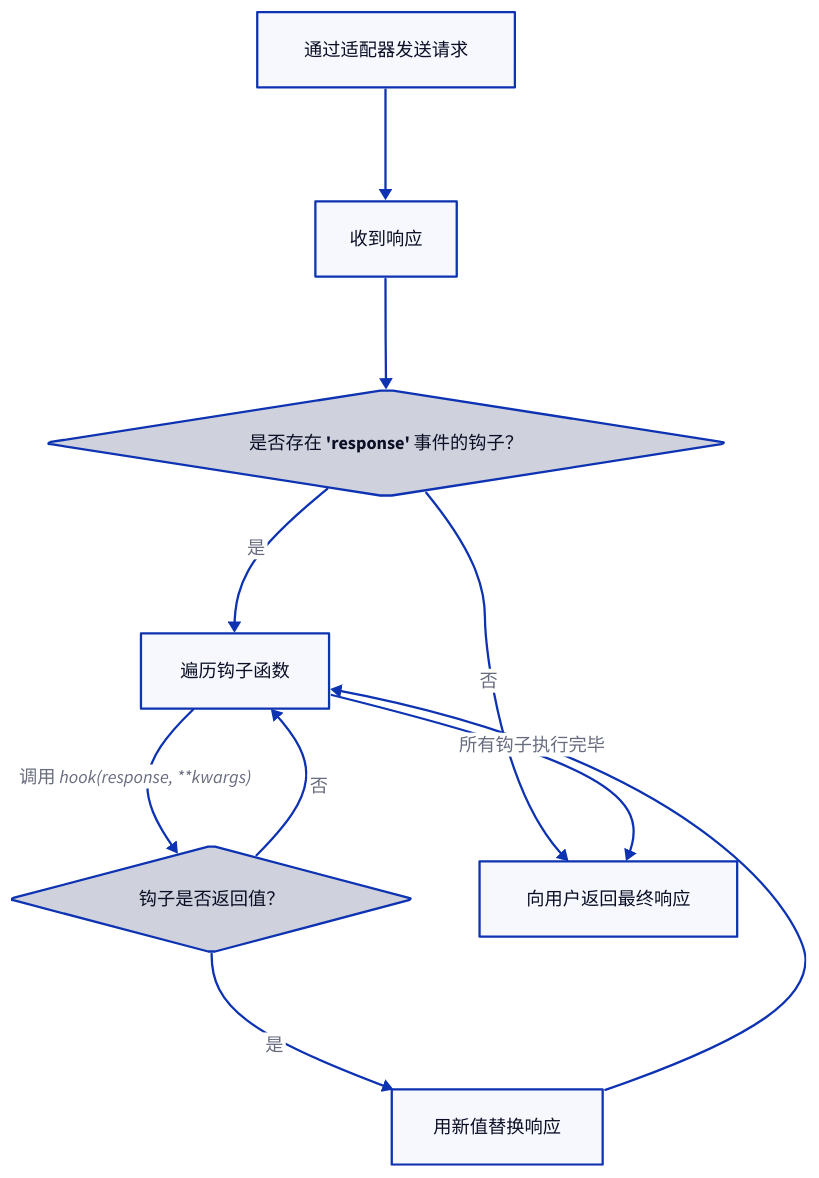
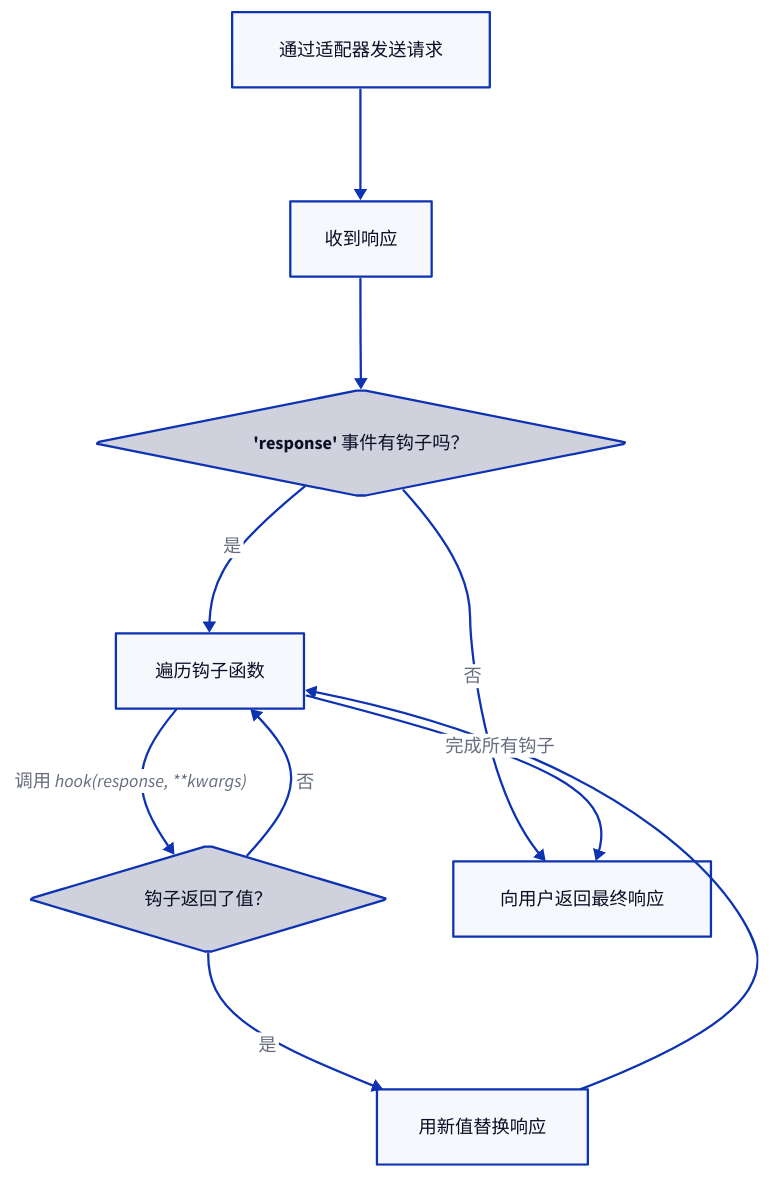
Before and after one commit to lban2049/requests: the second of 2 diagrams in .aigne/doc-smith/docs/advanced-usage-adapters-and-hooks.zh.md, drawn with D2. The commit also changed other lines of this file and 31 other files, not shown here.

````diff
--- a/.aigne/doc-smith/docs/advanced-usage-adapters-and-hooks.zh.md
+++ b/.aigne/doc-smith/docs/advanced-usage-adapters-and-hooks.zh.md
@@ -165,27 +165,27 @@
 ```d2
 direction: down
 
 A: "通过适配器发送请求"
 B: "收到响应"
-C: "是否存在 'response' 事件的钩子？" {
+C: "'response' 事件有钩子吗？" {
   shape: diamond
 }
 D: "遍历钩子函数"
-E: "钩子是否返回值？" {
+E: "钩子返回了值？" {
     shape: diamond
 }
 F: "用新值替换响应"
 G: "向用户返回最终响应"
 
 A -> B -> C
 
 C -> D: 是
 C -> G: 否
 
 D -> E: "调用 hook(response, **kwargs)"
 E -> F: 是
 F -> D
 E -> D: 否
 
-D -> G: "所有钩子执行完毕"
+D -> G: "完成所有钩子"
 ```
````
